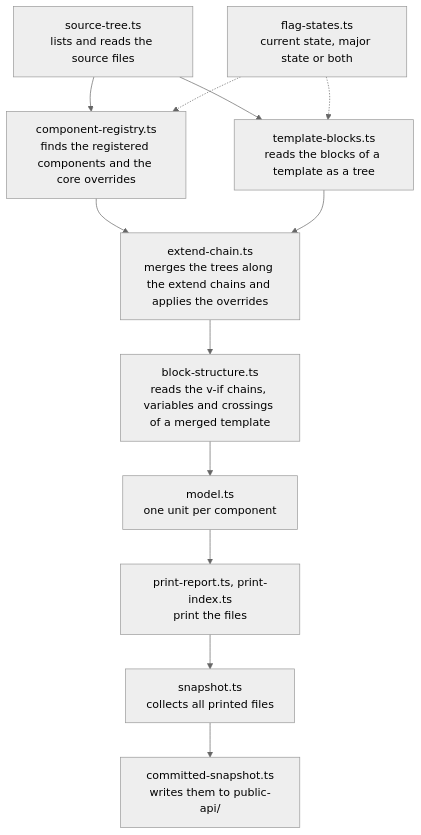
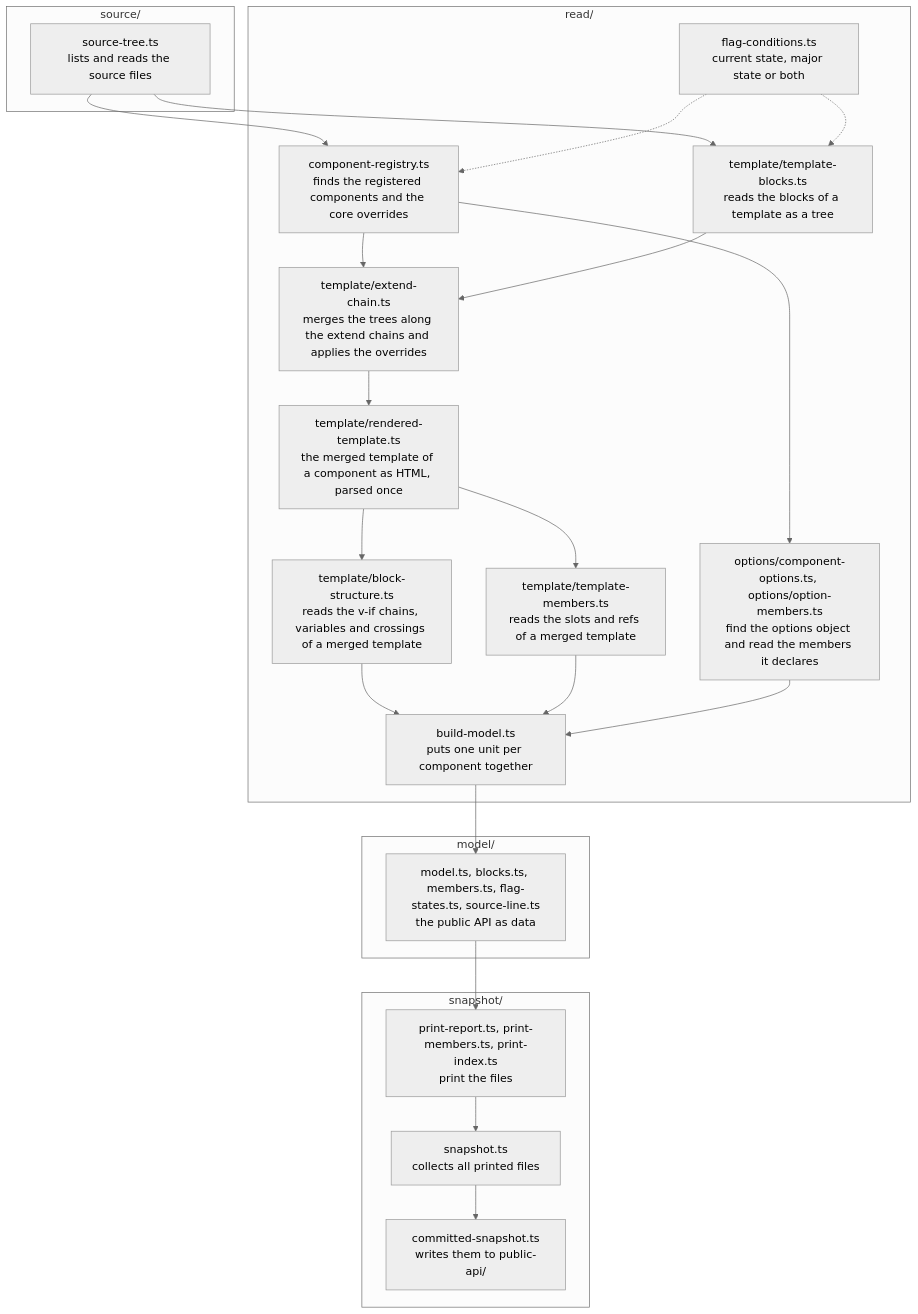
The first of 2 diagrams in Resources/app/administration/scripts/generate-public-api/README.md (shopware/administration), drawn with Mermaid (neutral theme) before and after one commit. The commit also changed other lines of this file and 1440 other files, not shown here.

Commit message:
feat(administration): add component members to the public API snapshot (#23205)

````diff
--- a/Resources/app/administration/scripts/generate-public-api/README.md
+++ b/Resources/app/administration/scripts/generate-public-api/README.md
@@ -12,19 +31,33 @@
 ```mermaid
 flowchart TD
-    tree["source-tree.ts<br/>lists and reads the source files"]
-    registry["component-registry.ts<br/>finds the registered components and the core overrides"]
-    blocks["template-blocks.ts<br/>reads the blocks of a template as a tree"]
-    chain["extend-chain.ts<br/>merges the trees along the extend chains and applies the overrides"]
-    structure["block-structure.ts<br/>reads the v-if chains, variables and crossings of a merged template"]
-    flags["flag-states.ts<br/>current state, major state or both"]
-    model["model.ts<br/>one unit per component"]
-    printers["print-report.ts, print-index.ts<br/>print the files"]
-    snapshot["snapshot.ts<br/>collects all printed files"]
-    committed["committed-snapshot.ts<br/>writes them to public-api/"]
+    subgraph source["source/"]
+        tree["source-tree.ts<br/>lists and reads the source files"]
+    end
+    subgraph read["read/"]
+        registry["component-registry.ts<br/>finds the registered components and the core overrides"]
+        blocks["template/template-blocks.ts<br/>reads the blocks of a template as a tree"]
+        chain["template/extend-chain.ts<br/>merges the trees along the extend chains and applies the overrides"]
+        rendered["template/rendered-template.ts<br/>the merged template of a component as HTML, parsed once"]
+        structure["template/block-structure.ts<br/>reads the v-if chains, variables and crossings of a merged template"]
+        templateMembers["template/template-members.ts<br/>reads the slots and refs of a merged template"]
+        options["options/component-options.ts, options/option-members.ts<br/>find the options object and read the members it declares"]
+        flags["flag-conditions.ts<br/>current state, major state or both"]
+        build["build-model.ts<br/>puts one unit per component together"]
+    end
+    subgraph model["model/"]
+        data["model.ts, blocks.ts, members.ts, flag-states.ts, source-line.ts<br/>the public API as data"]
+    end
+    subgraph snapshot["snapshot/"]
+        printers["print-report.ts, print-members.ts, print-index.ts<br/>print the files"]
+        files["snapshot.ts<br/>collects all printed files"]
+        committed["committed-snapshot.ts<br/>writes them to public-api/"]
+    end
 
     tree --> registry --> chain
-    tree --> blocks --> chain --> structure --> model
+    tree --> blocks --> chain --> rendered --> structure --> build
+    rendered --> templateMembers --> build
+    registry --> options --> build
     flags -.-> registry
     flags -.-> blocks
-    model --> printers --> snapshot --> committed
+    build --> data --> printers --> files --> committed
 ```
````
